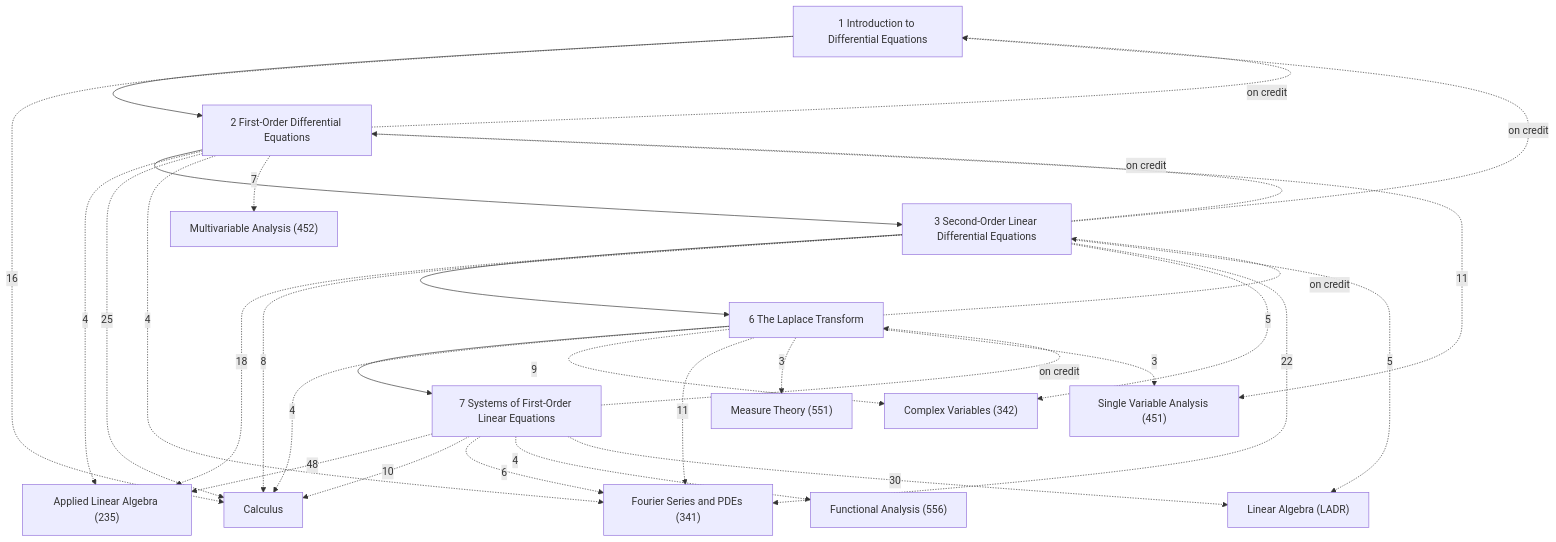
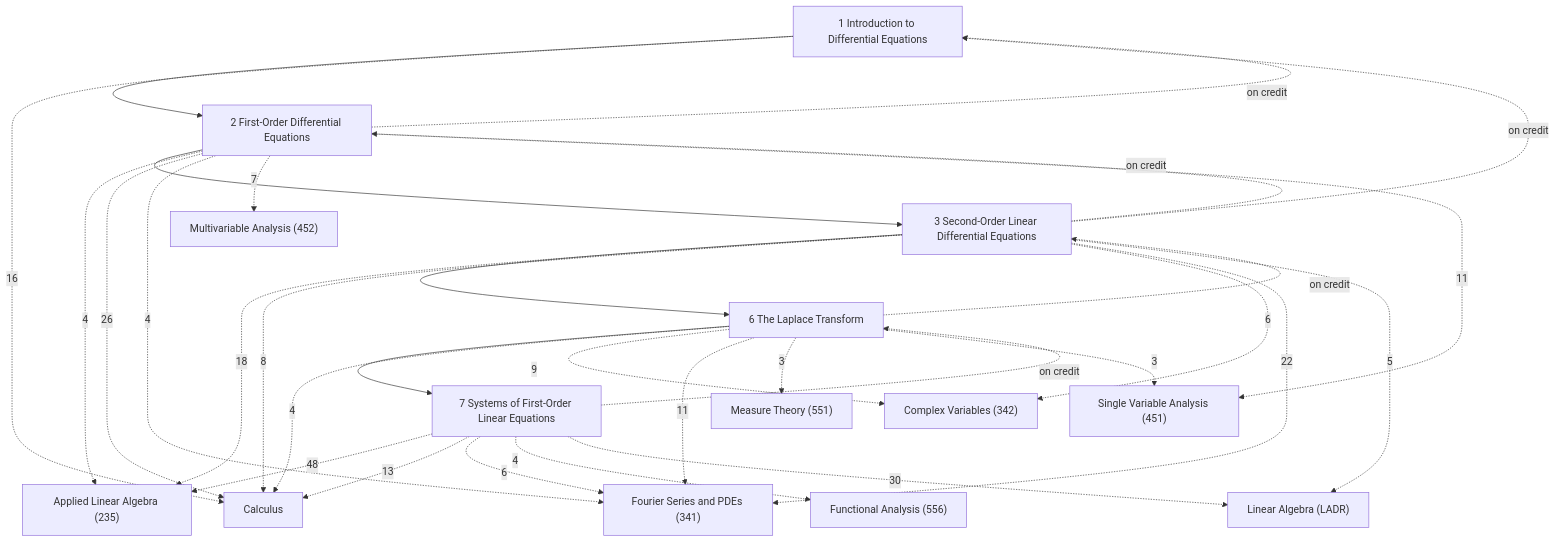
The diagram in Applied Math/Ordinary Differential Equations/Ordinary Differential Equations.md (Onion20040508/notes), drawn with Mermaid before and after one commit. The commit also changed other lines of this file and 880 other files, not shown here.

````diff
--- a/Applied Math/Ordinary Differential Equations/Ordinary Differential Equations.md
+++ b/Applied Math/Ordinary Differential Equations/Ordinary Differential Equations.md
@@ -20,47 +20,47 @@
 ```mermaid
 graph TD
   C1["1 Introduction to Differential Equations"]
   C2["2 First-Order Differential Equations"]
   C3["3 Second-Order Linear Differential Equations"]
   C6["6 The Laplace Transform"]
   C7["7 Systems of First-Order Linear Equations"]
   X1["Single Variable Analysis (451)"]
   X2["Multivariable Analysis (452)"]
   X3["Linear Algebra (LADR)"]
   X4["Applied Linear Algebra (235)"]
   X5["Calculus"]
   X6["Measure Theory (551)"]
   X7["Functional Analysis (556)"]
   X9["Fourier Series and PDEs (341)"]
   X10["Complex Variables (342)"]
   C1 --> C2
   C2 --> C3
   C3 --> C6
   C6 --> C7
   C2 -.->|on credit| C1
   C3 -.->|on credit| C1
   C3 -.->|on credit| C2
   C6 -.->|on credit| C3
   C7 -.->|on credit| C6
   C1 -.->|16| X5
   C2 -.->|4| X4
-  C2 -.->|25| X5
+  C2 -.->|26| X5
   C2 -.->|4| X9
   C2 -.->|7| X2
   C2 -.->|11| X1
   C3 -.->|18| X4
   C3 -.->|8| X5
-  C3 -.->|5| X10
+  C3 -.->|6| X10
   C3 -.->|22| X9
   C3 -.->|5| X3
   C6 -.->|4| X5
   C6 -.->|9| X10
   C6 -.->|11| X9
   C6 -.->|3| X6
   C6 -.->|3| X1
   C7 -.->|48| X4
-  C7 -.->|10| X5
+  C7 -.->|13| X5
   C7 -.->|6| X9
   C7 -.->|4| X7
   C7 -.->|30| X3
 ```
````
